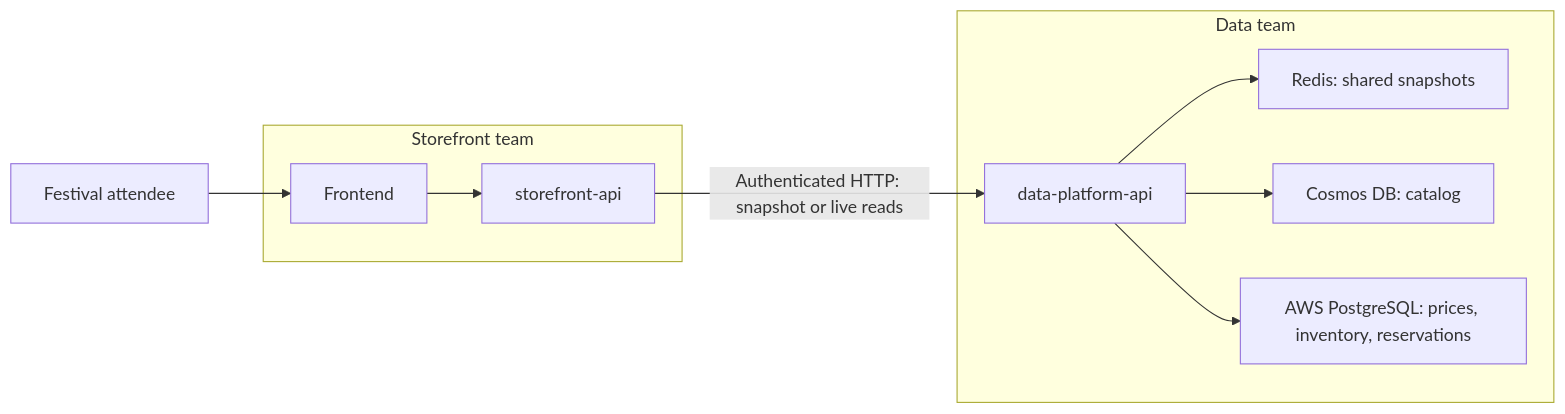
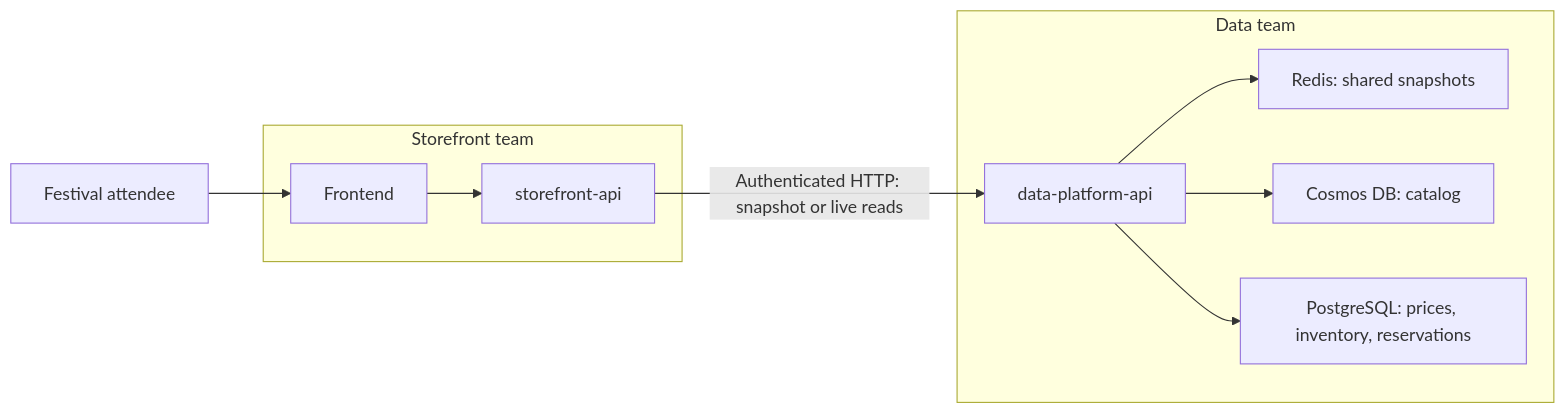
The first of 2 diagrams in README.md (sanchitmehta/moonshot-concert), drawn with Mermaid before and after one commit. The commit also changed other lines of this file and 10 other files, not shown here.

````diff
--- a/README.md
+++ b/README.md
@@ -246,19 +257,19 @@
 ```mermaid
 flowchart LR
     Browser["Festival attendee"] --> Frontend
     subgraph App["Storefront team"]
         Frontend["Frontend"]
         Booking["storefront-api"]
         Frontend --> Booking
     end
     subgraph Data["Data team"]
         API["data-platform-api"]
         Cache["Redis: shared snapshots"]
         Cosmos["Cosmos DB: catalog"]
-        Postgres["AWS PostgreSQL: prices, inventory, reservations"]
+        Postgres["PostgreSQL: prices, inventory, reservations"]
         API --> Cache
         API --> Cosmos
         API --> Postgres
     end
     Booking -->|"Authenticated HTTP: snapshot or live reads"| API
 ```
````
